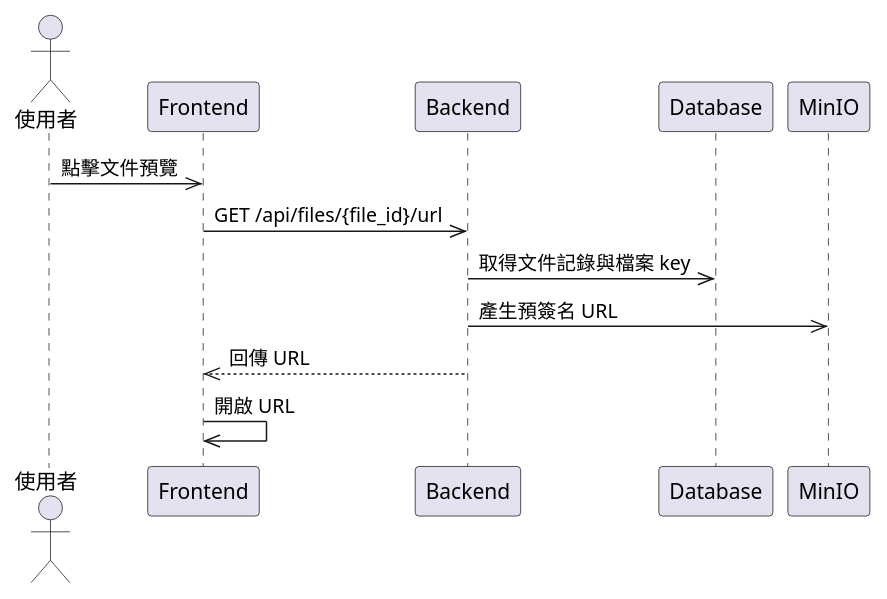
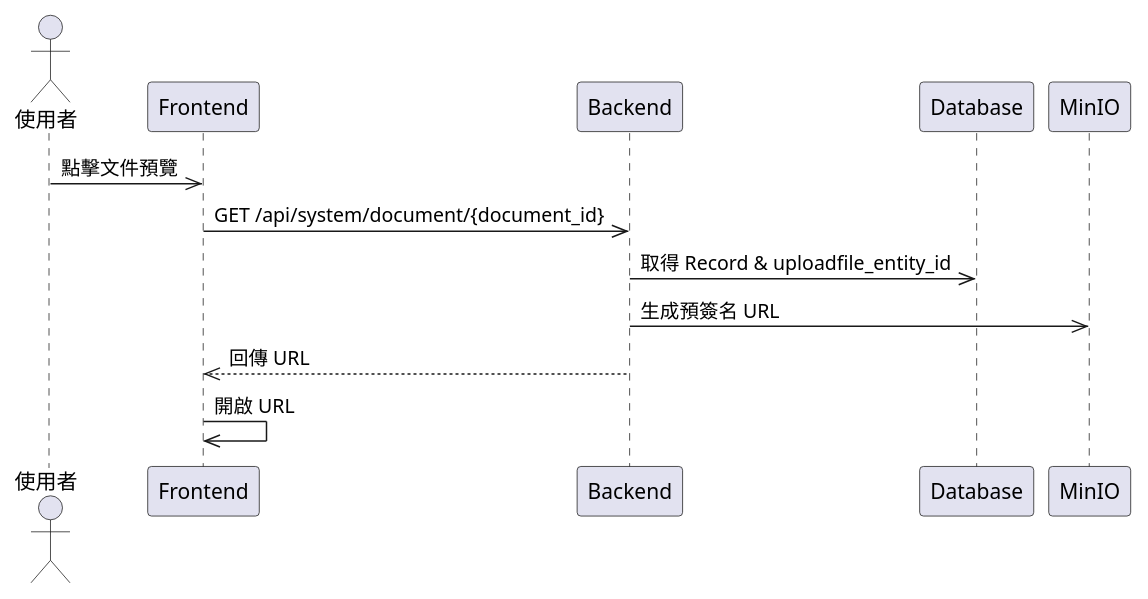
The diagram in mermaid/sequence/file_query.puml (walle45611/NTUB_SecuManag_Diagram), drawn with PlantUML before and after one commit. The commit also changed 6 other files, not shown here.

First line of the commit message:
feat: 更新循序圖 (#2)

```diff
--- a/mermaid/sequence/file_query.puml
+++ b/mermaid/sequence/file_query.puml
@@ -1,14 +1,14 @@
 @startuml
 actor User as "使用者"
 participant Frontend
 participant Backend
 participant Database
 participant MinIO
 
-User ->> Frontend: 點擊文件預覽
-Frontend ->> Backend: GET /api/files/{file_id}/url
-Backend ->> Database: 取得文件記錄與檔案 key
-Backend ->> MinIO: 產生預簽名 URL
-Backend -->> Frontend: 回傳 URL
-Frontend ->> Frontend: 開啟 URL
+User->>Frontend: 點擊文件預覽
+Frontend->>Backend: GET /api/system/document/{document_id}
+Backend->>Database: 取得 Record & uploadfile_entity_id
+Backend->>MinIO: 生成預簽名 URL
+Backend-->>Frontend: 回傳 URL
+Frontend->>Frontend: 開啟 URL
 @enduml
```
